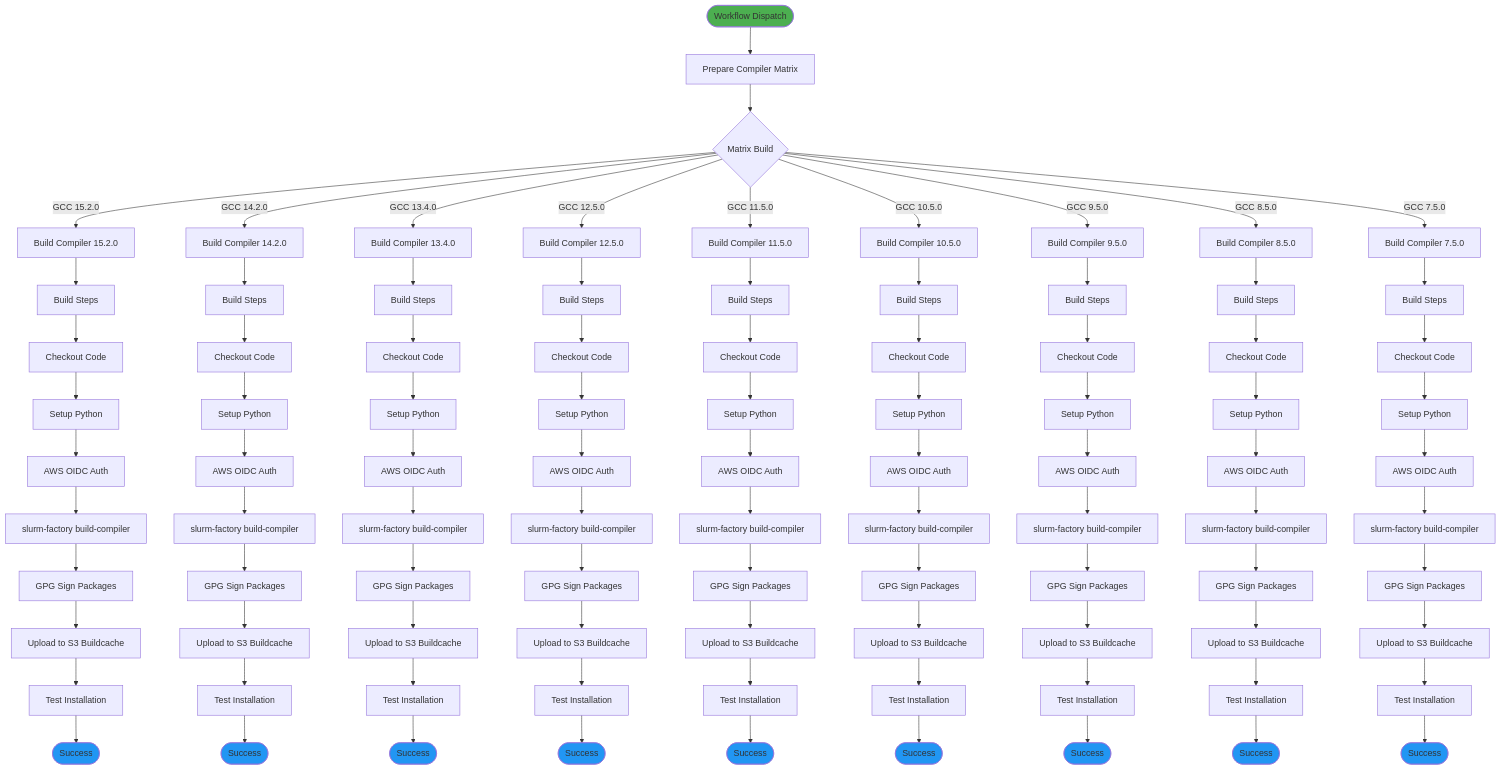
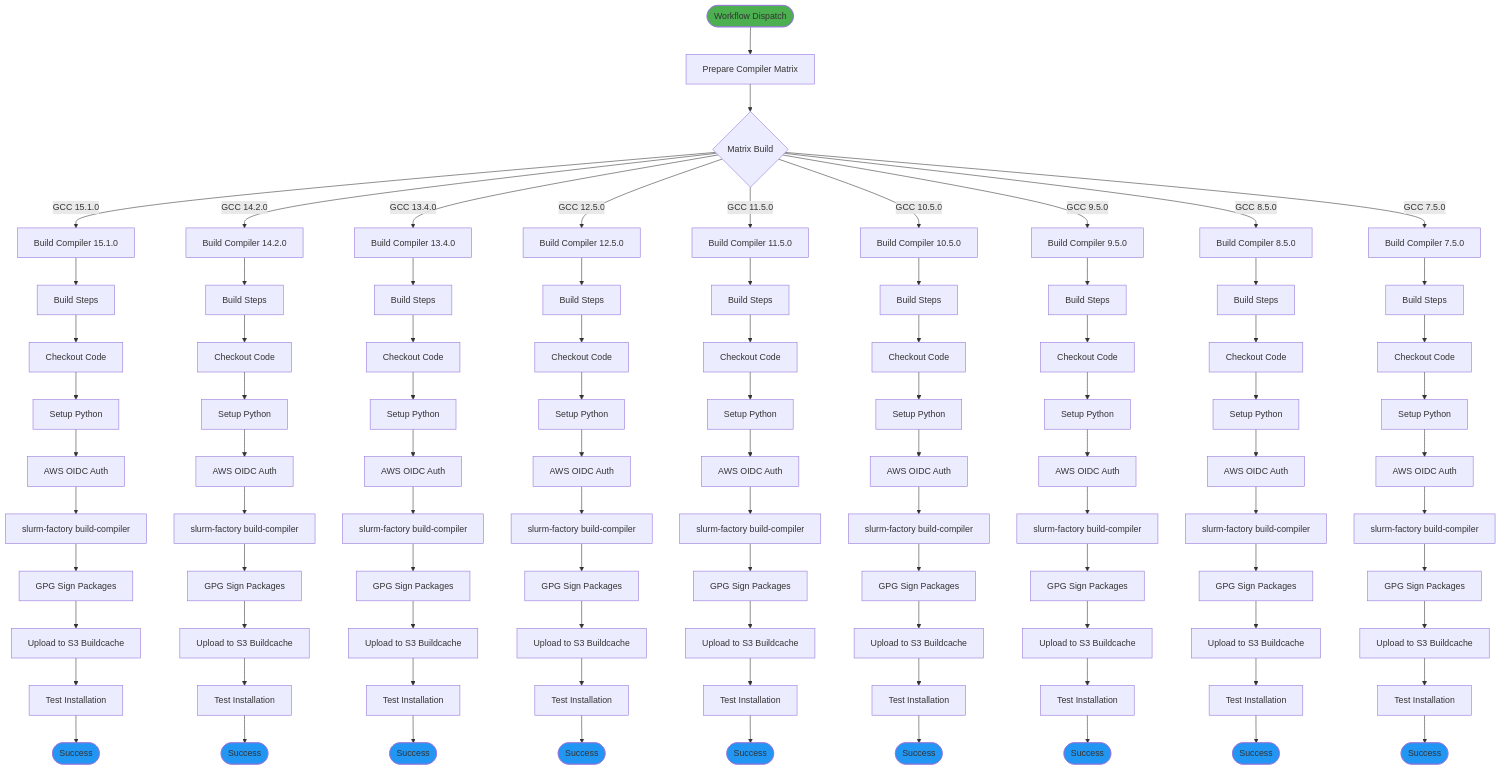
One commit to vantagecompute/slurm-factory changed the first of 5 diagrams in docusaurus/docs/github-actions.md. Above: the diagram before and after it, drawn with Mermaid. The commit also changed 12 other files, not shown here.

```diff
--- a/docusaurus/docs/github-actions.md
+++ b/docusaurus/docs/github-actions.md
@@ -27,7 +27,7 @@
     Start([Workflow Dispatch]) --> PrepareMatrix[Prepare Compiler Matrix]
     PrepareMatrix --> Matrix{Matrix Build}
     
-    Matrix -->|GCC 15.2.0| Build1[Build Compiler 15.2.0]
+    Matrix -->|GCC 15.1.0| Build1[Build Compiler 15.1.0]
     Matrix -->|GCC 14.2.0| Build2[Build Compiler 14.2.0]
     Matrix -->|GCC 13.4.0| Build3[Build Compiler 13.4.0]
     Matrix -->|GCC 12.5.0| Build4[Build Compiler 12.5.0]
```
